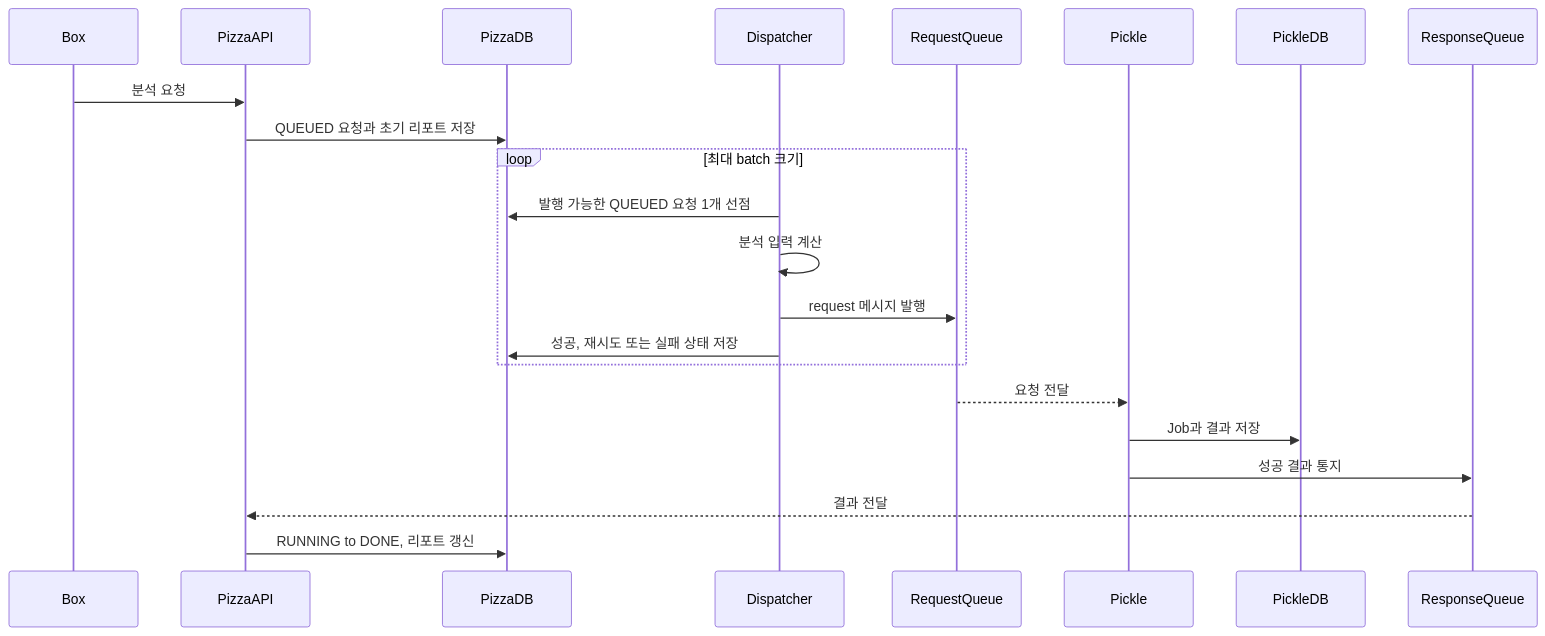
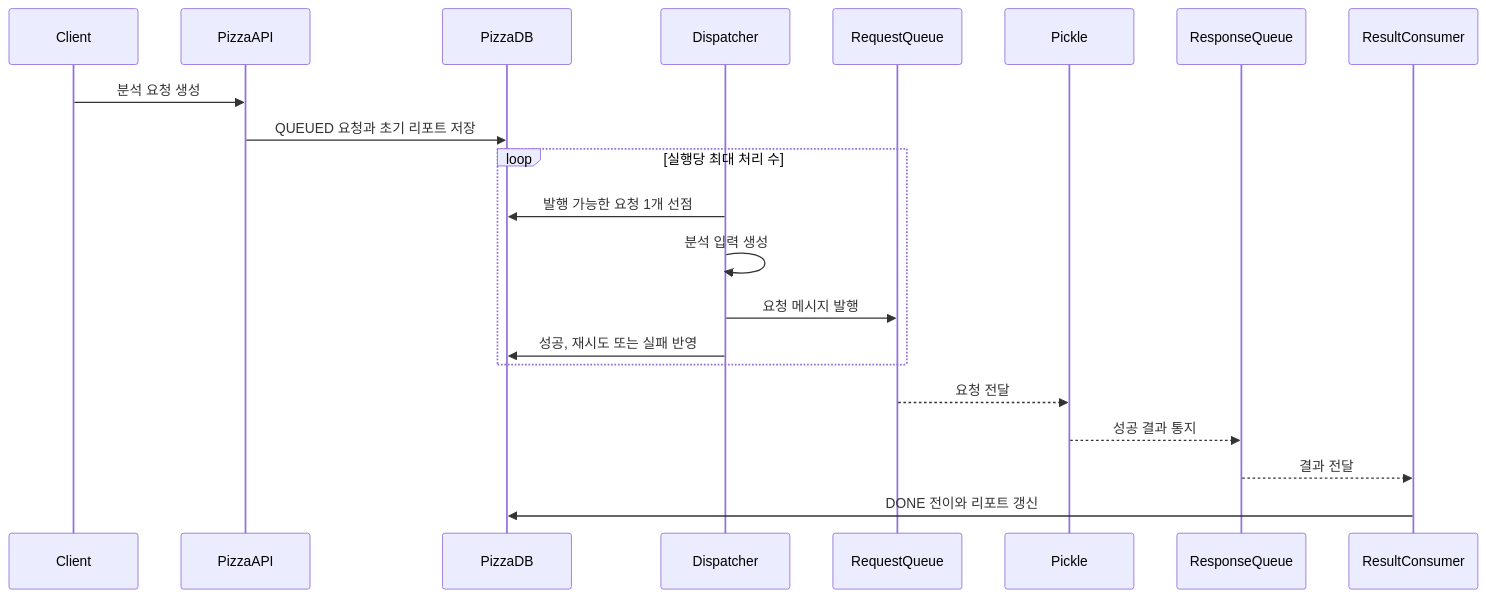
Before and after one commit to dawwson/psycho.pizza: the diagram in docs/analysis-pipeline/README.md, drawn with Mermaid. The commit also changed other lines of this file and 3 other files, not shown here.

````diff
--- a/docs/analysis-pipeline/README.md
+++ b/docs/analysis-pipeline/README.md
@@ -43,25 +36,24 @@
 ```mermaid
 sequenceDiagram
-    participant boxClient as Box
+    participant Client
     participant PizzaAPI
     participant PizzaDB
     participant Dispatcher
     participant RequestQueue
     participant Pickle
-    participant PickleDB
     participant ResponseQueue
+    participant ResultConsumer
 
-    boxClient->>PizzaAPI: 분석 요청
+    Client->>PizzaAPI: 분석 요청 생성
     PizzaAPI->>PizzaDB: QUEUED 요청과 초기 리포트 저장
-    loop 최대 batch 크기
-        Dispatcher->>PizzaDB: 발행 가능한 QUEUED 요청 1개 선점
-        Dispatcher->>Dispatcher: 분석 입력 계산
-        Dispatcher->>RequestQueue: request 메시지 발행
-        Dispatcher->>PizzaDB: 성공, 재시도 또는 실패 상태 저장
+    loop 실행당 최대 처리 수
+        Dispatcher->>PizzaDB: 발행 가능한 요청 1개 선점
+        Dispatcher->>Dispatcher: 분석 입력 생성
+        Dispatcher->>RequestQueue: 요청 메시지 발행
+        Dispatcher->>PizzaDB: 성공, 재시도 또는 실패 반영
     end
     RequestQueue-->>Pickle: 요청 전달
-    Pickle->>PickleDB: Job과 결과 저장
-    Pickle->>ResponseQueue: 성공 결과 통지
-    ResponseQueue-->>PizzaAPI: 결과 전달
-    PizzaAPI->>PizzaDB: RUNNING to DONE, 리포트 갱신
+    Pickle-->>ResponseQueue: 성공 결과 통지
+    ResponseQueue-->>ResultConsumer: 결과 전달
+    ResultConsumer->>PizzaDB: DONE 전이와 리포트 갱신
 ```
````
